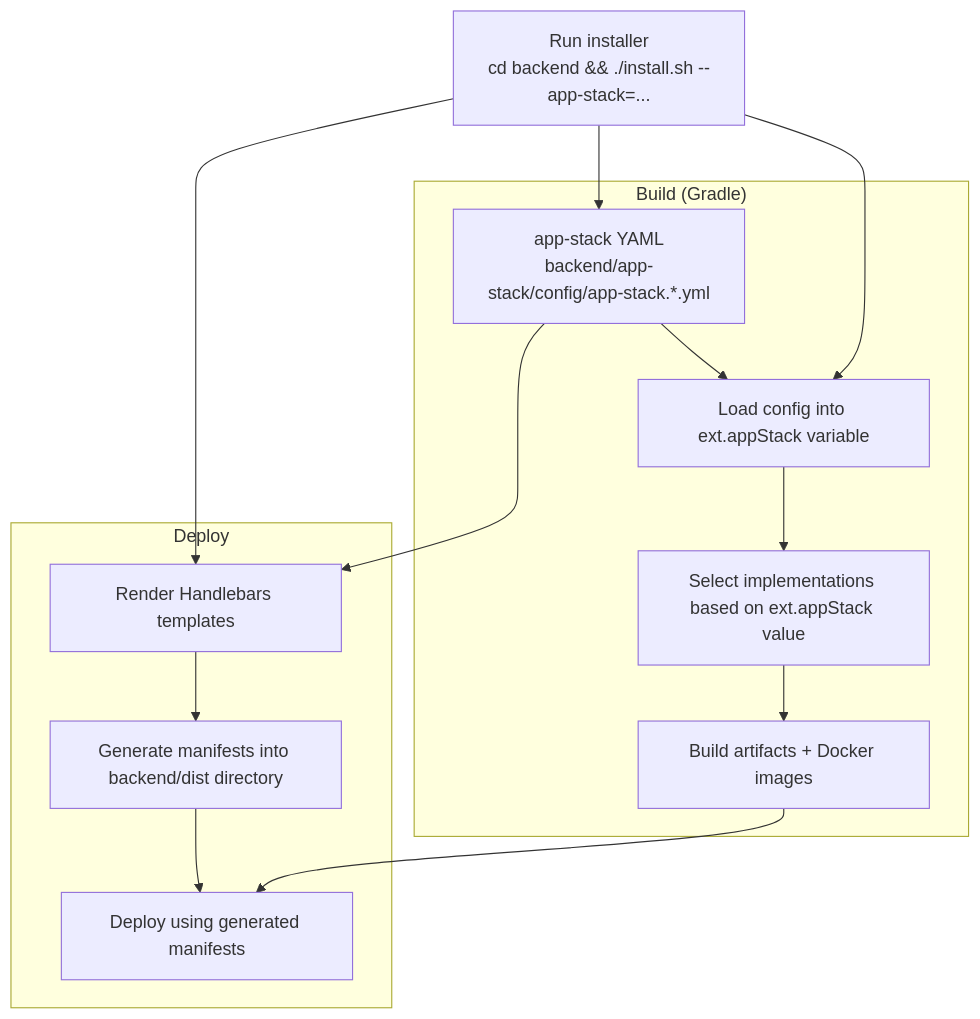
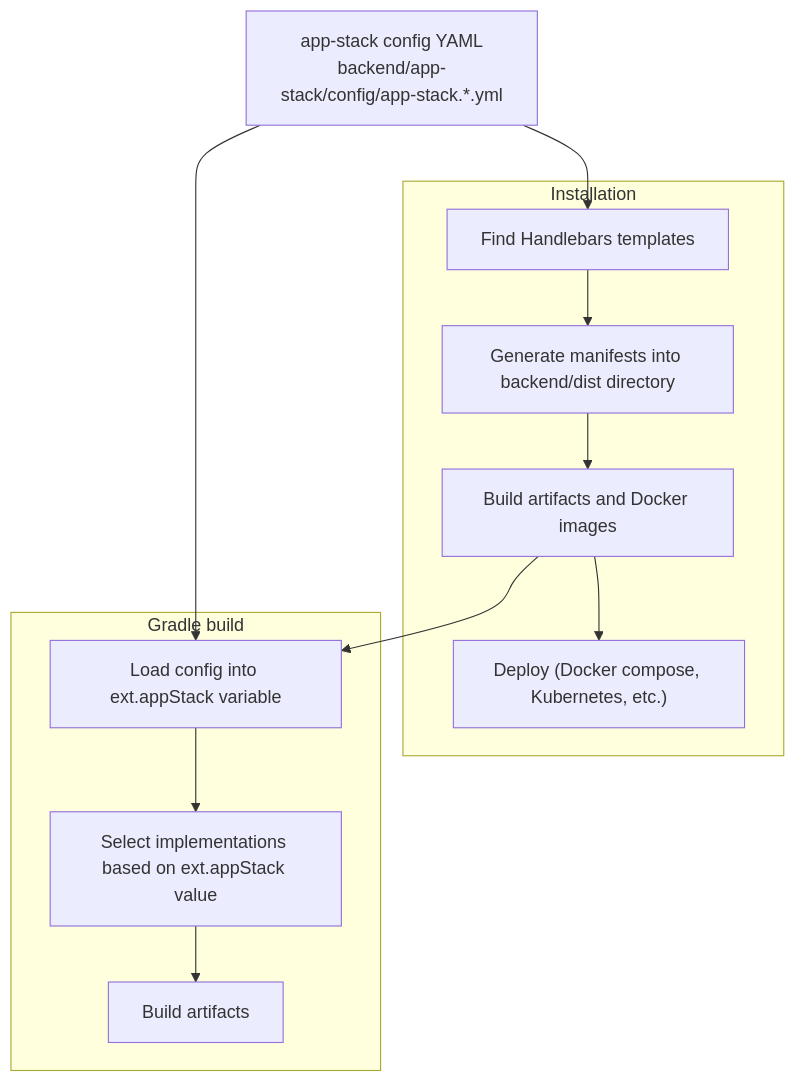
Before and after one commit to atlashk/atlas: the second of 3 diagrams in README.md, drawn with Mermaid. The commit also changed other lines of this file, not shown here.

````diff
--- a/README.md
+++ b/README.md
@@ -267,20 +274,28 @@
 ```mermaid
 flowchart TB
-  CLI["Run installer<br/>cd backend && ./install.sh --app-stack=..."] --> CFG["app-stack YAML<br/>backend/app-stack/config/app-stack.*.yml"]
+  CFG["app-stack config YAML<br/>backend/app-stack/config/app-stack.*.yml"]
 
-  subgraph Build["Build (Gradle)"]
-    CFG --> GRADLE["Load config into ext.appStack variable"]
-    GRADLE --> SELECT["Select implementations based on ext.appStack value"]
-    SELECT --> ARTIFACTS["Build artifacts + Docker images"]
+  subgraph Installation["Installation"]
+    INST_TPL["Find Handlebars templates"]
+    INST_GEN["Generate manifests into backend/dist directory"]
+    INST_BUILD["Build artifacts and Docker images"]
+    INST_DEPLOY["Deploy (Docker compose, Kubernetes, etc.)"]
+
+    INST_TPL --> INST_GEN
+    INST_GEN --> INST_BUILD
+    INST_BUILD --> INST_DEPLOY
   end
 
-  subgraph Deploy["Deploy"]
-    CFG --> GEN["Render Handlebars templates"]
-    GEN --> DIST["Generate manifests into backend/dist directory"]
-    DIST --> TARGET["Deploy using generated manifests"]
+  subgraph Build["Gradle build"]
+    GRADLE["Load config into ext.appStack variable"]
+    SELECT["Select implementations based on ext.appStack value"]
+    ARTIFACTS["Build artifacts"]
+
+    GRADLE --> SELECT
+    SELECT --> ARTIFACTS
   end
 
-  CLI --> GRADLE
-  CLI --> GEN
-  ARTIFACTS --> TARGET
+  CFG --> GRADLE
+  CFG --> INST_TPL
+  INST_BUILD --> GRADLE
 ```
````
